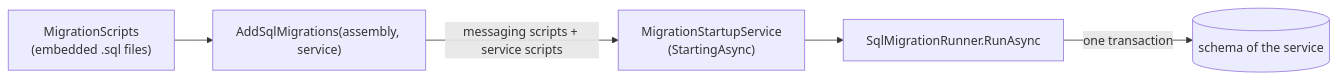
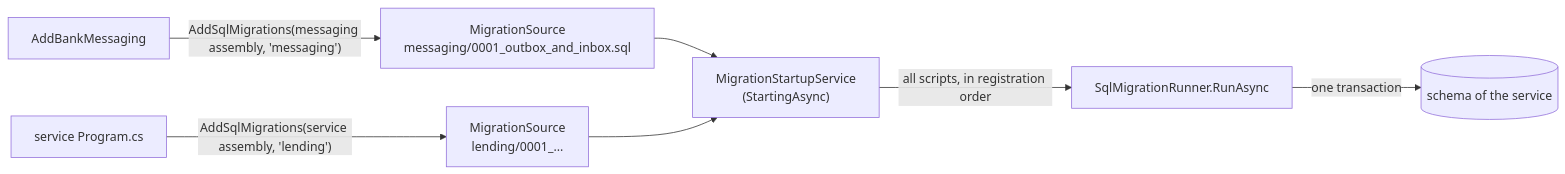
One commit to majid-sharif-soleimani/banking_demo changed the sixth of 7 diagrams in docs/learning/stage-1/slice-1.2.md. Above: the diagram before and after it, drawn with Mermaid. The commit also changed other lines of this file and 36 other files, not shown here.

````diff
--- a/docs/learning/stage-1/slice-1.2.md
+++ b/docs/learning/stage-1/slice-1.2.md
@@ -348,7 +356,9 @@
 ```mermaid
 flowchart LR
-    REG["AddSqlMigrations(assembly, service)"] -->|"messaging scripts + service scripts"| MSS["MigrationStartupService<br/>(StartingAsync)"]
-    MSS --> R["SqlMigrationRunner.RunAsync"]
+    BM["AddBankMessaging"] -->|"AddSqlMigrations(messaging assembly, 'messaging')"| SRC1["MigrationSource<br/>messaging/0001_outbox_and_inbox.sql"]
+    SV["service Program.cs"] -->|"AddSqlMigrations(service assembly, 'lending')"| SRC2["MigrationSource<br/>lending/0001_..."]
+    SRC1 --> MSS["MigrationStartupService<br/>(StartingAsync)"]
+    SRC2 --> MSS
+    MSS -->|"all scripts, in registration order"| R["SqlMigrationRunner.RunAsync"]
     R -->|"one transaction"| DB[("schema of the service")]
-    MS["MigrationScripts<br/>(embedded .sql files)"] --> REG
 ```
````
